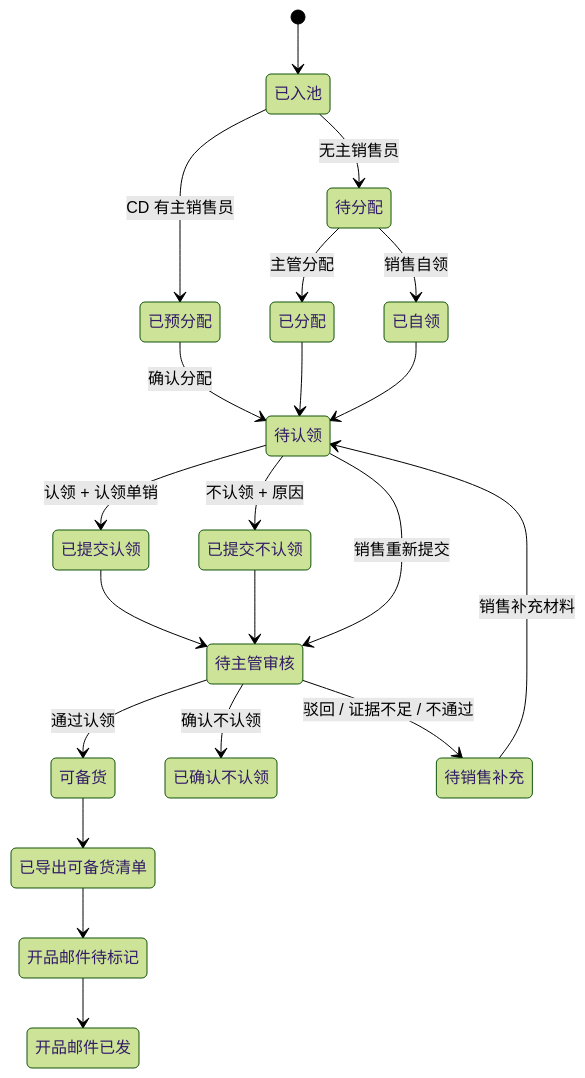
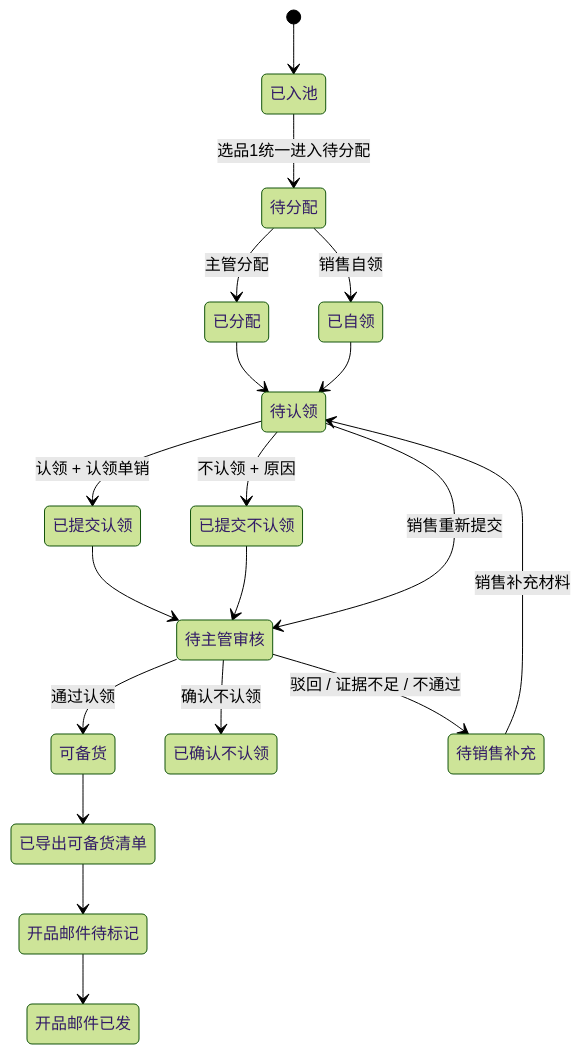
The second of 5 diagrams in docs/12-新品全链路原型架构设计.md (yuanZhang7777777/Southeast-Asia-New-Product-Development-Process), drawn with Mermaid (forest theme) before and after one commit. The commit also changed 25 other files, not shown here.

````diff
--- a/docs/12-新品全链路原型架构设计.md
+++ b/docs/12-新品全链路原型架构设计.md
@@ -82,26 +82,24 @@
 ```mermaid
 stateDiagram-v2
   [*] --> 已入池
-  已入池 --> 待分配: 无主销售员
-  已入池 --> 已预分配: CD 有主销售员
+  已入池 --> 待分配: 选品1统一进入待分配
   待分配 --> 已分配: 主管分配
   待分配 --> 已自领: 销售自领
-  已预分配 --> 待认领: 确认分配
   已分配 --> 待认领
   已自领 --> 待认领
 
   待认领 --> 已提交认领: 认领 + 认领单销
   待认领 --> 已提交不认领: 不认领 + 原因
   已提交认领 --> 待主管审核
   已提交不认领 --> 待主管审核
 
   待主管审核 --> 可备货: 通过认领
   待主管审核 --> 已确认不认领: 确认不认领
   待主管审核 --> 待销售补充: 驳回 / 证据不足 / 不通过
   待销售补充 --> 待认领: 销售补充材料
   待认领 --> 待主管审核: 销售重新提交
 
   可备货 --> 已导出可备货清单
   已导出可备货清单 --> 开品邮件待标记
   开品邮件待标记 --> 开品邮件已发
 ```
````
